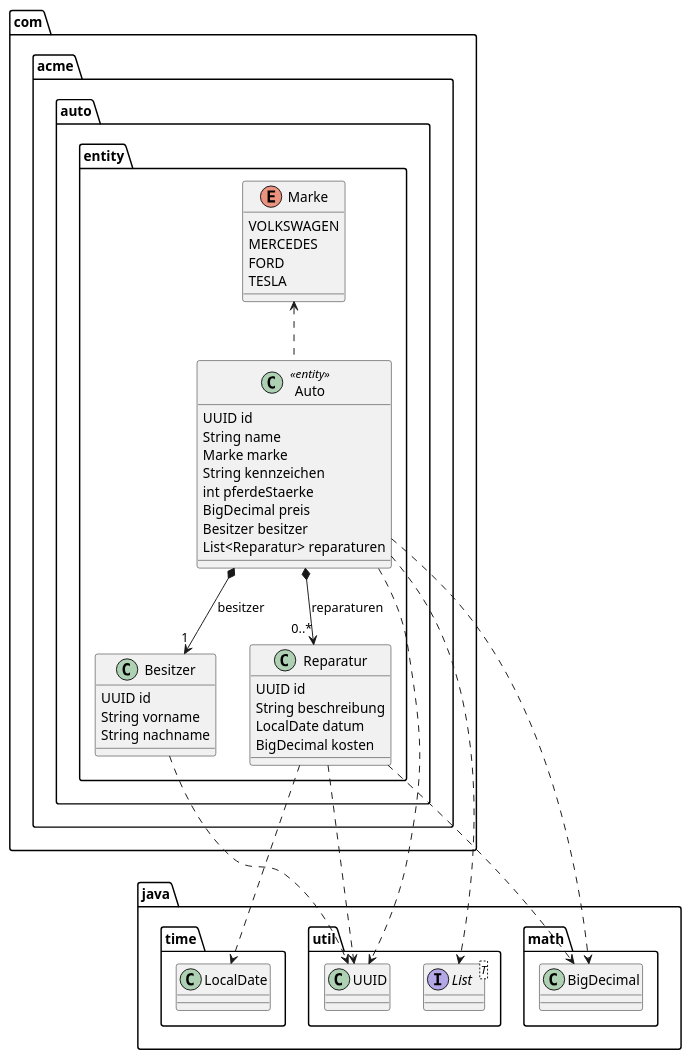
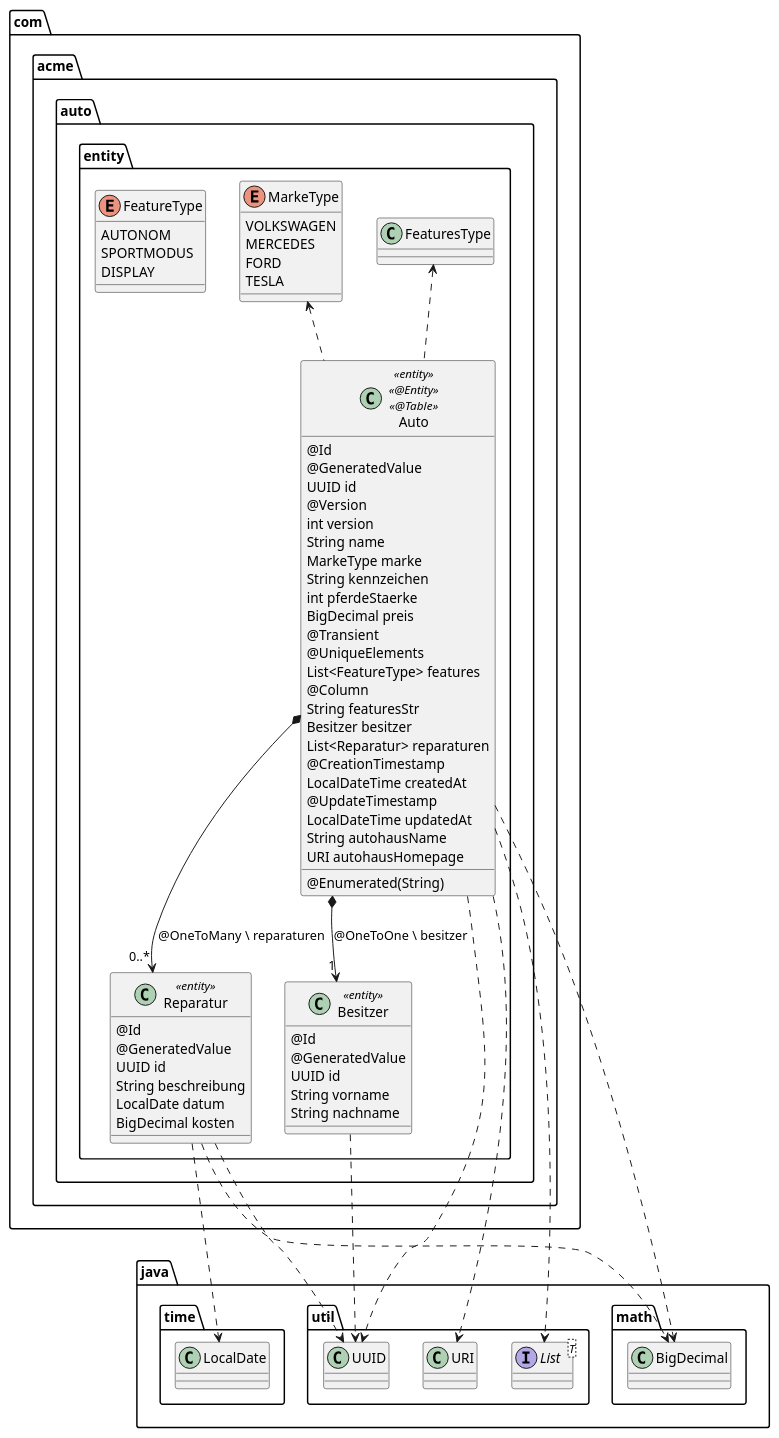
Before and after one commit to Yukasama/auto: the diagram in extras/doc/Auto.puml, drawn with PlantUML. The commit also changed 21 other files, not shown here.

Commit message:
Add uml diagrams

```diff
--- a/extras/doc/Auto.puml
+++ b/extras/doc/Auto.puml
@@ -1,68 +1,98 @@
 @startuml Auto
 
 skinparam classAttributeIconSize 0
 ' skinparam monochrome true
 
 package java {
     package util {
         class UUID
         interface List<T>
+        class URI
     }
 
     package math {
         class BigDecimal
     }
 
     package time {
         class LocalDate
     }
 }
 
 package com.acme.auto.entity {
-  class Reparatur {
+  class Reparatur <<entity>> {
+    @Id
+    @GeneratedValue
     UUID id
     String beschreibung
     LocalDate datum
     BigDecimal kosten
   }
 
-  class Besitzer {
+  class Besitzer <<entity>> {
+    @Id
+    @GeneratedValue
     UUID id
     String vorname
     String nachname
   }
 
-  class Auto <<entity>> {
-    UUID id
-    String name
-    Marke marke
-    String kennzeichen
-    int pferdeStaerke
-    BigDecimal preis
-    Besitzer besitzer
-    List<Reparatur> reparaturen
-  }
-
-  enum Marke {
+  enum MarkeType {
     VOLKSWAGEN
     MERCEDES
     FORD
     TESLA
   }
 
-  Auto *--> "1" Besitzer : besitzer
-  Auto *--> "0..*" Reparatur : reparaturen
-  Auto .up.> Marke
+  enum FeatureType {
+    AUTONOM
+    SPORTMODUS
+    DISPLAY
+  }
+
+  class Auto <<entity>> << @Entity >> << @Table >> {
+    @Id
+    @GeneratedValue
+    UUID id
+    @Version
+    int version
+    String name
+    @Enumerated(String)
+    MarkeType marke
+    String kennzeichen
+    int pferdeStaerke
+    BigDecimal preis
+    @Transient
+    @UniqueElements
+    List<FeatureType> features
+    @Column
+    String featuresStr
+    Besitzer besitzer
+    List<Reparatur> reparaturen
+    @CreationTimestamp
+    LocalDateTime createdAt
+    @UpdateTimestamp
+    LocalDateTime updatedAt
+    String autohausName
+    URI autohausHomepage
+  }
+
+  Auto *--> "1" Besitzer : @OneToOne \ besitzer
+  Auto *--> "0..*" Reparatur : @OneToMany \ reparaturen
+
+  Auto .up.> MarkeType
+  Auto .up.> FeaturesType
 
   Auto ..> UUID
   Auto ..> BigDecimal
   Auto ..> List
+  Auto ..> URI
 
   Besitzer ..> UUID
 
   Reparatur ..> UUID
   Reparatur ..> LocalDate
   Reparatur ..> BigDecimal
 }
 
 @enduml
```
